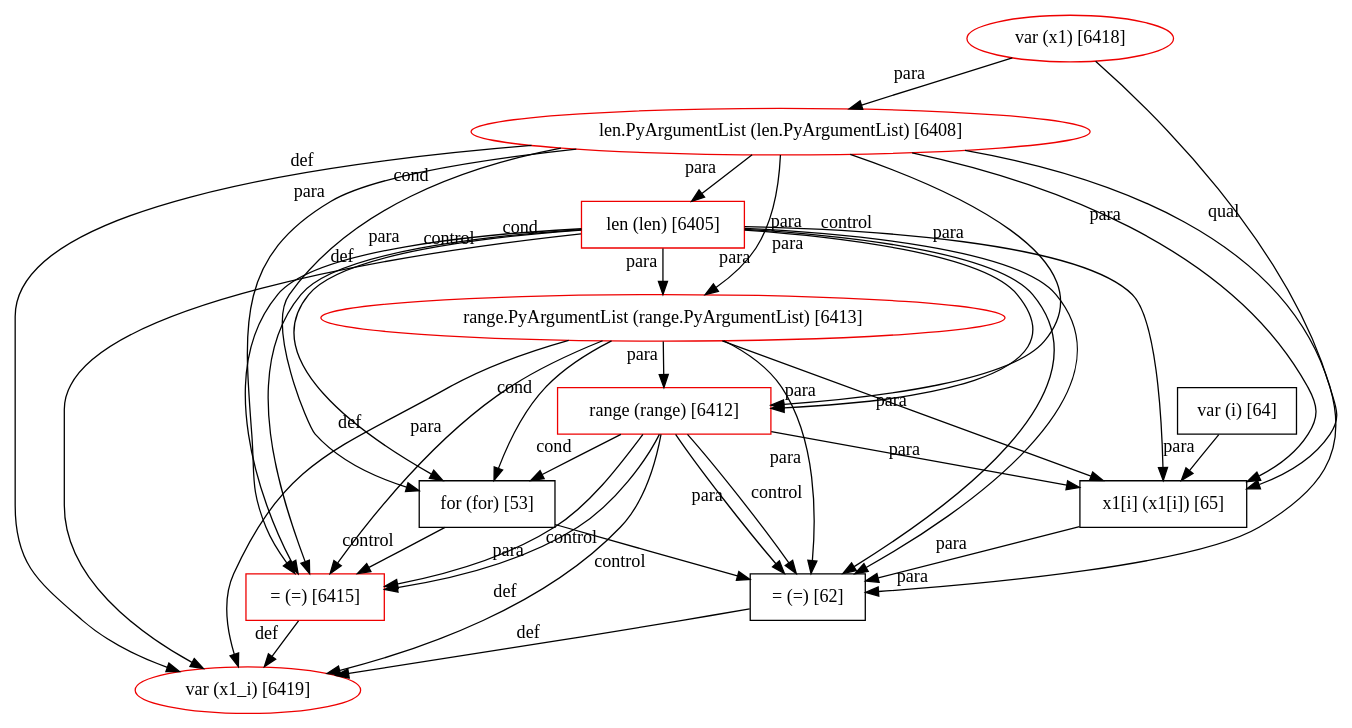
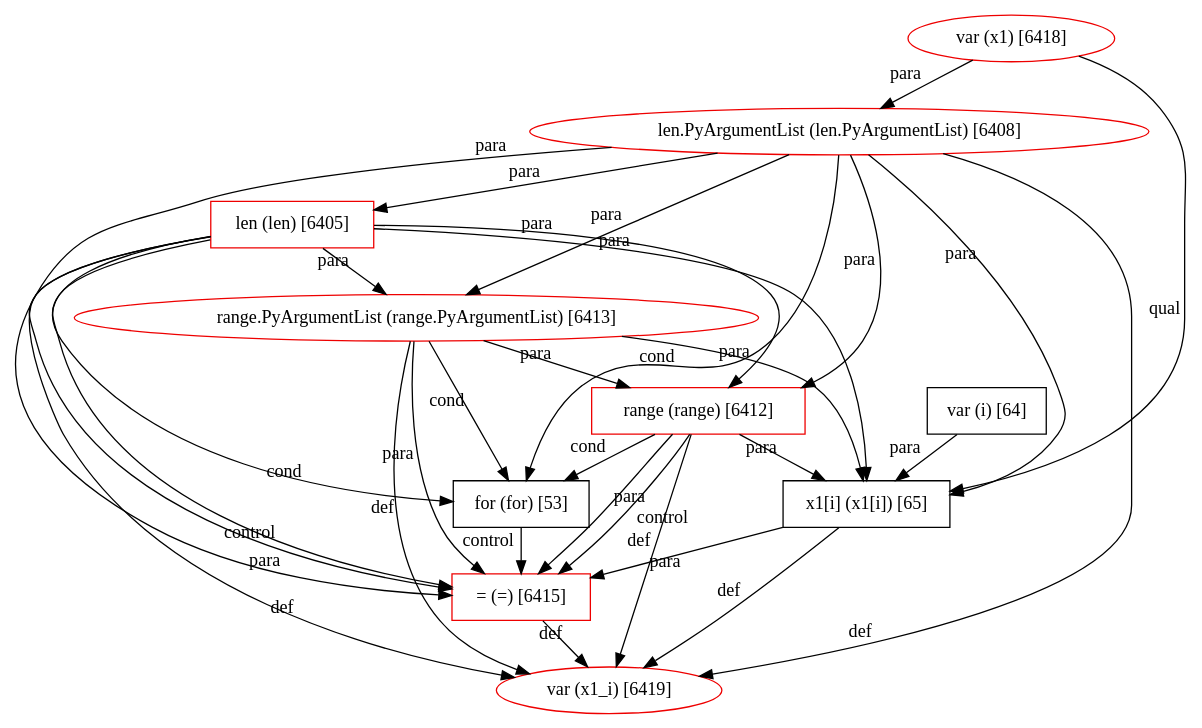
The diagram in plugin/src/main/resources/patterns/8/graph.dot (JetBrains-Research/revizor), drawn with Graphviz before and after one commit. The commit also changed 4 other files, not shown here.

```diff
--- a/plugin/src/main/resources/patterns/8/graph.dot
+++ b/plugin/src/main/resources/patterns/8/graph.dot
@@ -1,51 +1,43 @@
 digraph G {
   6412 [ metadata="" color="red2" shape="box" kind="func-call" label="range (range) [6412]" ];
   6413 [ metadata="" color="red2" shape="ellipse" kind="null" label="range.PyArgumentList (range.PyArgumentList) [6413]" ];
   6405 [ metadata="" color="red2" shape="box" kind="func-call" label="len (len) [6405]" ];
   6408 [ metadata="" color="red2" shape="ellipse" kind="null" label="len.PyArgumentList (len.PyArgumentList) [6408]" ];
   6418 [ metadata="" color="red2" shape="ellipse" kind="variable-decl" label="var (x1) [6418]" ];
   6415 [ metadata="" color="red2" shape="box" kind="assignment" label="= (=) [6415]" ];
   6419 [ metadata="" color="red2" shape="ellipse" kind="variable-decl" label="var (x1_i) [6419]" ];
+  65 [ metadata="hanger" color="null" shape="null" kind="null" label="x1[i] (x1[i]) [65]" ];
   64 [ metadata="hanger" color="null" shape="null" kind="null" label="var (i) [64]" ];
   53 [ metadata="hanger" color="null" shape="null" kind="null" label="for (for) [53]" ];
-  65 [ metadata="hanger" color="null" shape="null" kind="null" label="x1[i] (x1[i]) [65]" ];
-  62 [ metadata="hanger" color="null" shape="null" kind="null" label="= (=) [62]" ];
   6412 -> 6415 [ from_closure="null" xlabel="para" ];
   6412 -> 6415 [ from_closure="null" xlabel="control" ];
   6412 -> 6419 [ from_closure="null" xlabel="def" ];
   6413 -> 6412 [ from_closure="null" xlabel="para" ];
   6413 -> 6415 [ from_closure="null" xlabel="para" ];
   6413 -> 6419 [ from_closure="null" xlabel="def" ];
   6405 -> 6412 [ from_closure="null" xlabel="para" ];
   6405 -> 6413 [ from_closure="null" xlabel="para" ];
   6405 -> 6415 [ from_closure="null" xlabel="para" ];
   6405 -> 6415 [ from_closure="null" xlabel="control" ];
   6405 -> 6419 [ from_closure="null" xlabel="def" ];
   6408 -> 6412 [ from_closure="null" xlabel="para" ];
   6408 -> 6413 [ from_closure="null" xlabel="para" ];
   6408 -> 6405 [ from_closure="null" xlabel="para" ];
   6408 -> 6415 [ from_closure="null" xlabel="para" ];
   6408 -> 6419 [ from_closure="null" xlabel="def" ];
   6418 -> 6408 [ from_closure="null" xlabel="para" ];
   6415 -> 6419 [ from_closure="null" xlabel="def" ];
+  6405 -> 65 [ from_closure="true" xlabel="para" ];
+  6412 -> 65 [ from_closure="true" xlabel="para" ];
+  6413 -> 65 [ from_closure="true" xlabel="para" ];
+  6408 -> 65 [ from_closure="true" xlabel="para" ];
+  6418 -> 65 [ from_closure="true" xlabel="qual" ];
   64 -> 65 [ from_closure="false" xlabel="para" ];
-  6408 -> 53 [ from_closure="true" xlabel="cond" ];
+  65 -> 6419 [ from_closure="false" xlabel="def" ];
+  65 -> 6415 [ from_closure="false" xlabel="para" ];
   6405 -> 53 [ from_closure="true" xlabel="cond" ];
   6412 -> 53 [ from_closure="false" xlabel="cond" ];
   6413 -> 53 [ from_closure="true" xlabel="cond" ];
-  53 -> 62 [ from_closure="false" xlabel="control" ];
+  6408 -> 53 [ from_closure="true" xlabel="cond" ];
   53 -> 6415 [ from_closure="false" xlabel="control" ];
-  6408 -> 65 [ from_closure="true" xlabel="para" ];
-  6405 -> 65 [ from_closure="true" xlabel="para" ];
-  6412 -> 65 [ from_closure="true" xlabel="para" ];
-  6413 -> 65 [ from_closure="true" xlabel="para" ];
-  6418 -> 65 [ from_closure="true" xlabel="qual" ];
-  65 -> 62 [ from_closure="false" xlabel="para" ];
-  6408 -> 62 [ from_closure="true" xlabel="para" ];
-  6405 -> 62 [ from_closure="true" xlabel="para" ];
-  6405 -> 62 [ from_closure="true" xlabel="control" ];
-  6412 -> 62 [ from_closure="true" xlabel="para" ];
-  6412 -> 62 [ from_closure="true" xlabel="control" ];
-  6413 -> 62 [ from_closure="true" xlabel="para" ];
-  62 -> 6419 [ from_closure="true" xlabel="def" ];
 }
```
